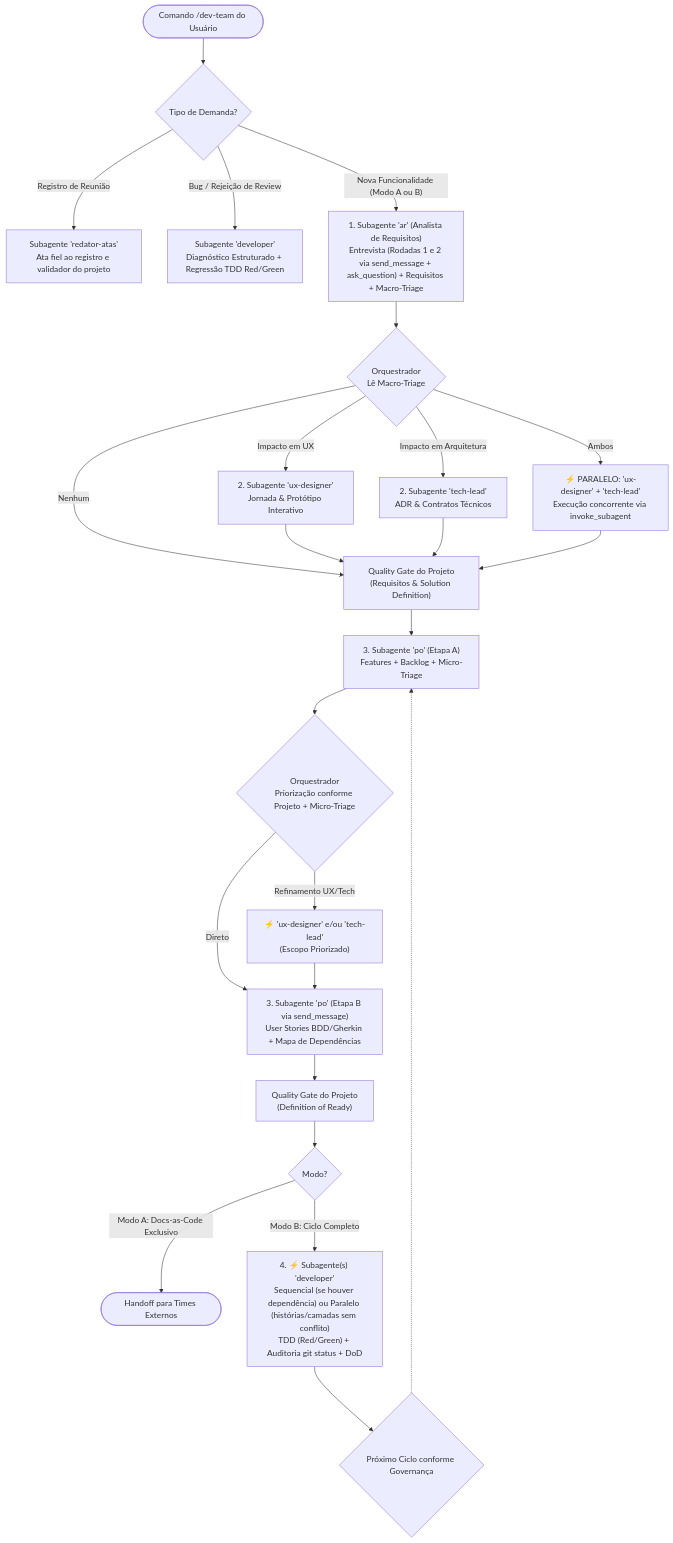
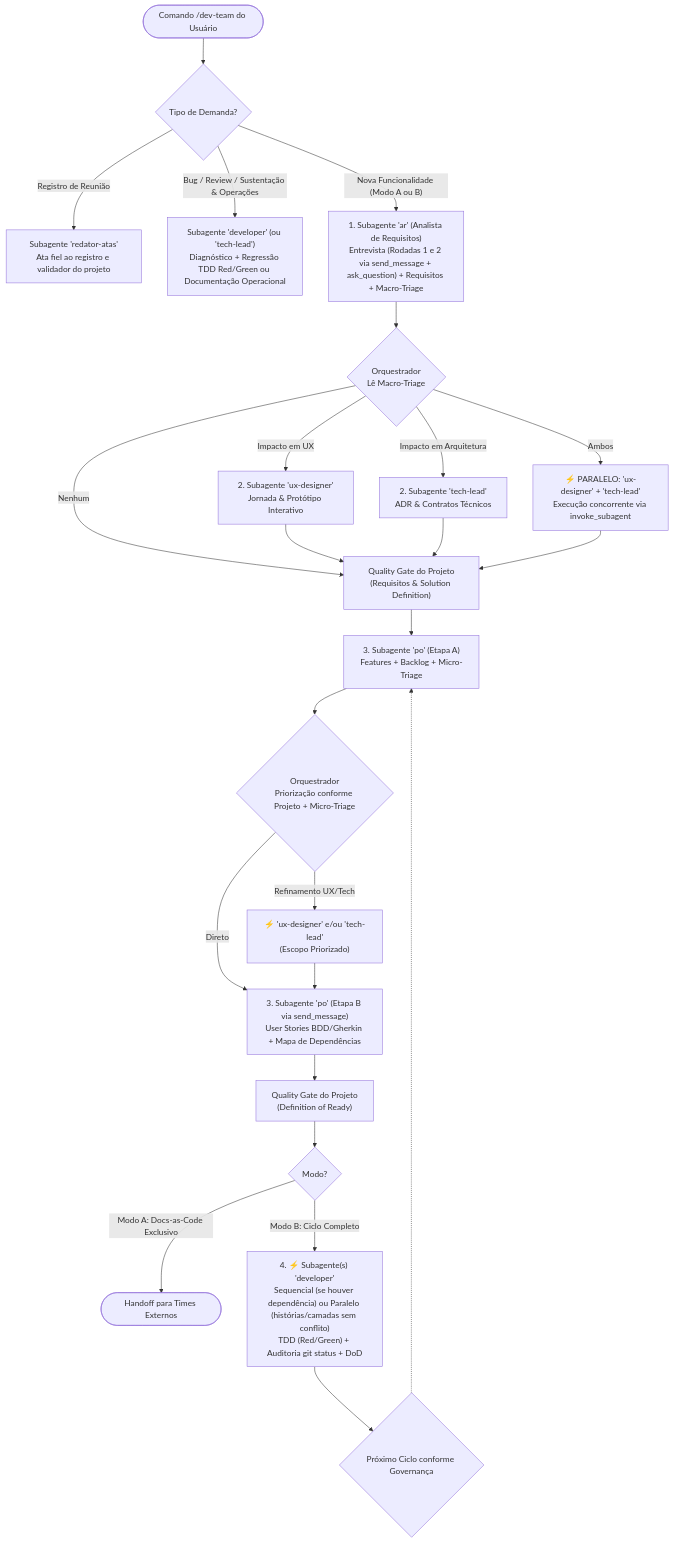
One commit to renatorlemos-gif/dev-team changed the diagram in README.md. Above: the diagram before and after it, drawn with Mermaid. The commit also changed other lines of this file and 7 other files, not shown here.

````diff
--- a/README.md
+++ b/README.md
@@ -9,35 +9,35 @@
 ```mermaid
 graph TD
     Demanda([Comando /dev-team do Usuário]) --> ROTA{Tipo de Demanda?}
 
     ROTA -->|"Registro de Reunião"| ATA["Subagente 'redator-atas'<br/>Ata fiel ao registro e validador do projeto"]
-    ROTA -->|"Bug / Rejeição de Review"| BUG["Subagente 'developer'<br/>Diagnóstico Estruturado + Regressão TDD Red/Green"]
+    ROTA -->|"Bug / Review / Sustentação & Operações"| BUG["Subagente 'developer' (ou 'tech-lead')<br/>Diagnóstico + Regressão TDD Red/Green ou Documentação Operacional"]
     ROTA -->|"Nova Funcionalidade (Modo A ou B)"| AR["1. Subagente 'ar' (Analista de Requisitos)<br/>Entrevista (Rodadas 1 e 2 via send_message + ask_question) + Requisitos + Macro-Triage"]
 
     AR --> TRIAGE{"Orquestrador<br/>Lê Macro-Triage"}
 
     TRIAGE -->|"Impacto em UX"| UX["2. Subagente 'ux-designer'<br/>Jornada & Protótipo Interativo"]
     TRIAGE -->|"Impacto em Arquitetura"| TL["2. Subagente 'tech-lead'<br/>ADR & Contratos Técnicos"]
     TRIAGE -->|"Ambos"| BOTH["⚡ PARALELO: 'ux-designer' + 'tech-lead'<br/>Execução concorrente via invoke_subagent"]
     TRIAGE -->|"Nenhum"| GATE_REQ["Quality Gate do Projeto<br/>(Requisitos & Solution Definition)"]
 
     UX --> GATE_REQ
     TL --> GATE_REQ
     BOTH --> GATE_REQ
 
     GATE_REQ --> PO_FEAT["3. Subagente 'po' (Etapa A)<br/>Features + Backlog + Micro-Triage"]
     PO_FEAT --> MICRO{"Orquestrador<br/>Priorização conforme Projeto + Micro-Triage"}
     MICRO -->|"Refinamento UX/Tech"| REFINE["⚡ 'ux-designer' e/ou 'tech-lead'<br/>(Escopo Priorizado)"]
     MICRO -->|"Direto"| PO_US["3. Subagente 'po' (Etapa B via send_message)<br/>User Stories BDD/Gherkin + Mapa de Dependências"]
     REFINE --> PO_US
 
     PO_US --> GATE_READY["Quality Gate do Projeto<br/>(Definition of Ready)"]
 
     GATE_READY --> DEV_GATE{Modo?}
 
     DEV_GATE -->|"Modo A: Docs-as-Code Exclusivo"| HANDOFF([Handoff para Times Externos])
     DEV_GATE -->|"Modo B: Ciclo Completo"| DEV["4. ⚡ Subagente(s) 'developer'<br/>Sequencial (se houver dependência) ou Paralelo (histórias/camadas sem conflito)<br/>TDD (Red/Green) + Auditoria git status + DoD"]
 
     DEV --> LOOP{"Próximo Ciclo conforme Governança"}
     LOOP -.-> PO_FEAT
 ```
````
